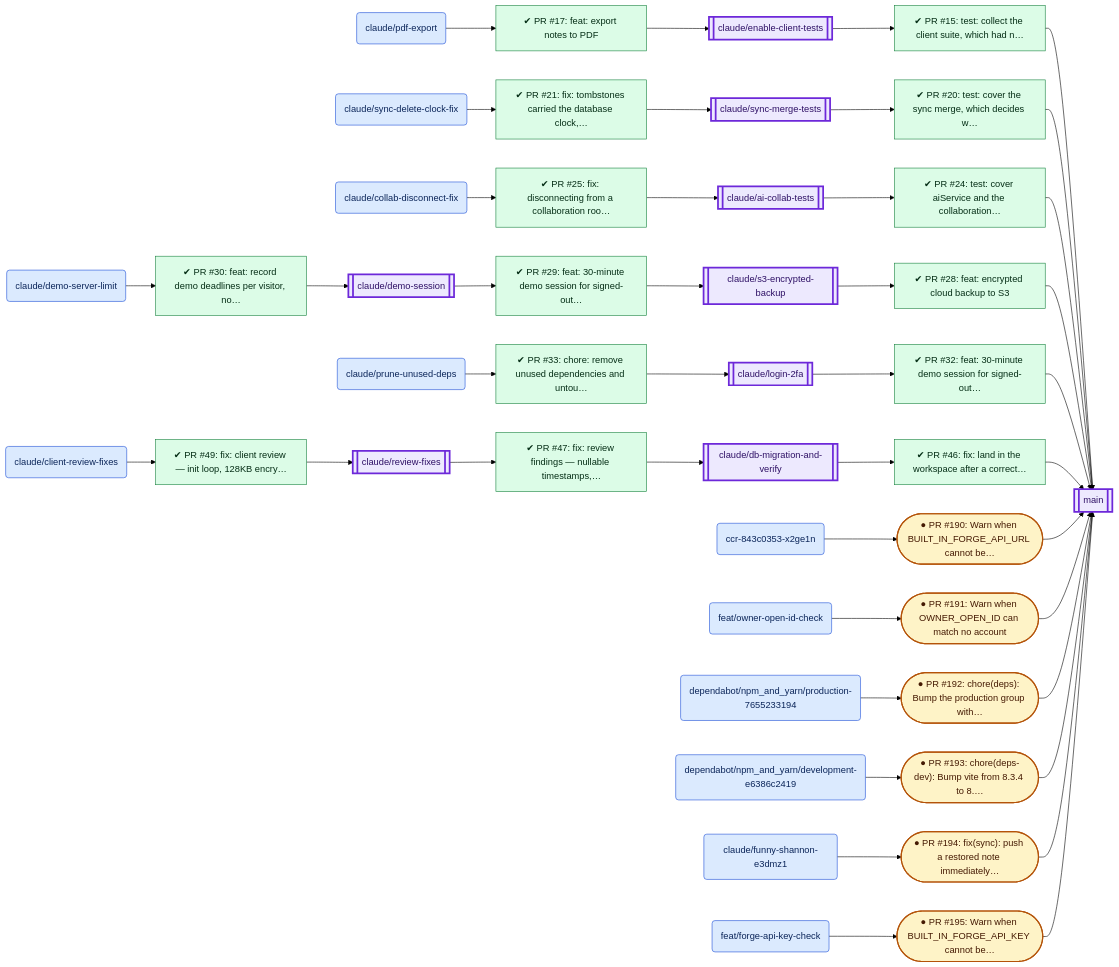
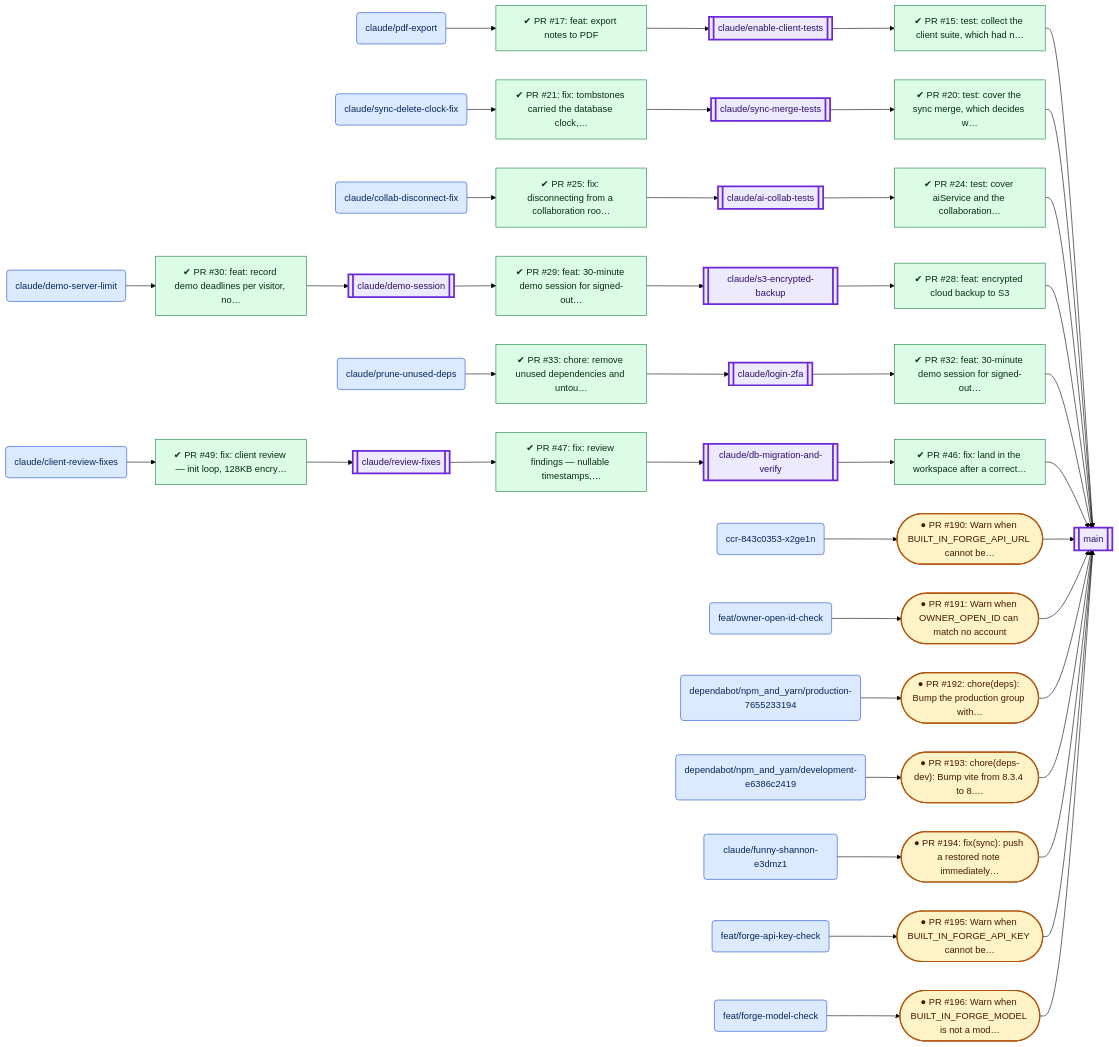
The second of 7 diagrams in docs/PR_BRANCH_VISUALIZATION.md (VijayKumaro7/NotionAI_Notepad), drawn with Mermaid (forest theme) before and after one commit. The commit also changed other lines of this file and 2 other files, not shown here.

````diff
--- a/docs/PR_BRANCH_VISUALIZATION.md
+++ b/docs/PR_BRANCH_VISUALIZATION.md
@@ -77,10 +77,10 @@
 ```mermaid
 flowchart LR
   b19[["claude/enable-client-tests"]]:::target
-  b97[["main"]]:::target
+  b99[["main"]]:::target
   b30("claude/pdf-export"):::source
-  b43[["claude/sync-merge-tests"]]:::target
-  b42("claude/sync-delete-clock-fix"):::source
+  b44[["claude/sync-merge-tests"]]:::target
+  b43("claude/sync-delete-clock-fix"):::source
   b7[["claude/ai-collab-tests"]]:::target
   b13("claude/collab-disconnect-fix"):::source
   b35[["claude/s3-encrypted-backup"]]:::target
@@ -92,11 +92,12 @@
   b34[["claude/review-fixes"]]:::target
   b9("claude/client-review-fixes"):::source
   b6("ccr-843c0353-x2ge1n"):::source
-  b92("feat/owner-open-id-check"):::source
-  b75("dependabot/npm_and_yarn/production-7655233194"):::source
-  b61("dependabot/npm_and_yarn/development-e6386c2419"):::source
+  b94("feat/owner-open-id-check"):::source
+  b76("dependabot/npm_and_yarn/production-7655233194"):::source
+  b62("dependabot/npm_and_yarn/development-e6386c2419"):::source
   b21("claude/funny-shannon-e3dmz1"):::source
-  b91("feat/forge-api-key-check"):::source
+  b92("feat/forge-api-key-check"):::source
+  b93("feat/forge-model-check"):::source
   p15["✔ PR #15: test: collect the client suite, which had n…"]:::merged
   p17["✔ PR #17: feat: export notes to PDF"]:::merged
   p20["✔ PR #20: test: cover the sync merge, which decides w…"]:::merged
@@ -117,46 +118,49 @@
   p193(["● PR #193: chore(deps-dev): Bump vite from 8.3.4 to 8.…"]):::open
   p194(["● PR #194: fix(sync): push a restored note immediately…"]):::open
   p195(["● PR #195: Warn when BUILT_IN_FORGE_API_KEY cannot be…"]):::open
+  p196(["● PR #196: Warn when BUILT_IN_FORGE_MODEL is not a mod…"]):::open
   b19 --> p15
-  p15 --> b97
+  p15 --> b99
   b30 --> p17
   p17 --> b19
-  b43 --> p20
-  p20 --> b97
-  b42 --> p21
-  p21 --> b43
+  b44 --> p20
+  p20 --> b99
+  b43 --> p21
+  p21 --> b44
   b7 --> p24
-  p24 --> b97
+  p24 --> b99
   b13 --> p25
   p25 --> b7
   b35 --> p28
-  p28 --> b97
+  p28 --> b99
   b16 --> p29
   p29 --> b35
   b15 --> p30
   p30 --> b16
   b29 --> p32
-  p32 --> b97
+  p32 --> b99
   b31 --> p33
   p33 --> b29
   b14 --> p46
-  p46 --> b97
+  p46 --> b99
   b34 --> p47
   p47 --> b14
   b9 --> p49
   p49 --> b34
   b6 --> p190
-  p190 --> b97
-  b92 --> p191
-  p191 --> b97
-  b75 --> p192
-  p192 --> b97
-  b61 --> p193
-  p193 --> b97
+  p190 --> b99
+  b94 --> p191
+  p191 --> b99
+  b76 --> p192
+  p192 --> b99
+  b62 --> p193
+  p193 --> b99
   b21 --> p194
-  p194 --> b97
-  b91 --> p195
-  p195 --> b97
+  p194 --> b99
+  b92 --> p195
+  p195 --> b99
+  b93 --> p196
+  p196 --> b99
   classDef source fill:#dbeafe,stroke:#1d4ed8,color:#0b2559
   classDef target fill:#ede9fe,stroke:#6d28d9,stroke-width:3px,color:#2e1065
   classDef open fill:#fef3c7,stroke:#b45309,stroke-width:2px,color:#451a03
````
